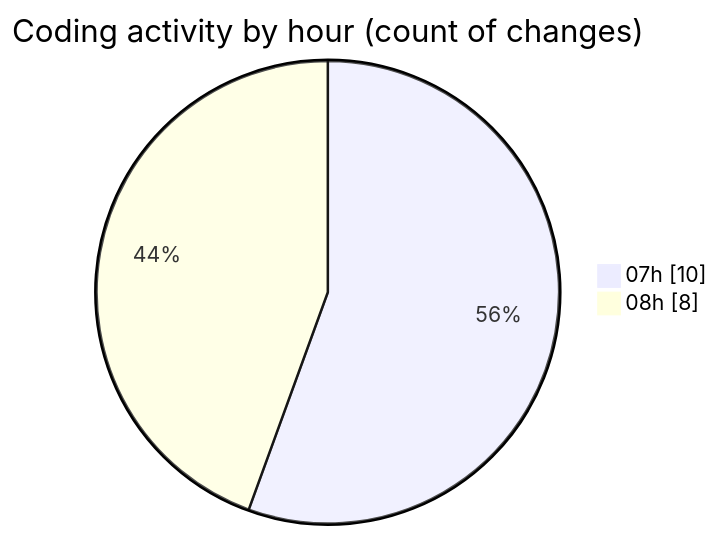
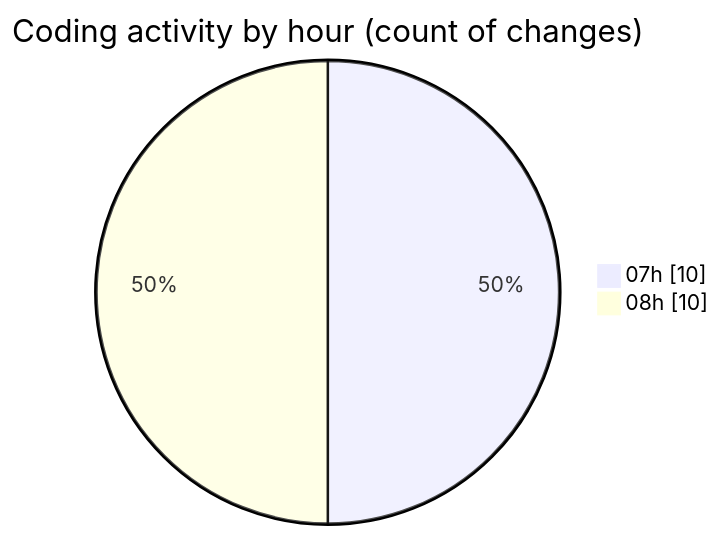
One commit to tmsrecording-cyber/code-tracking changed the second of 2 diagrams in 2026-02-08/singularitybrainai/README.md. Above: the diagram before and after it, drawn with Mermaid. The commit also changed other lines of this file and 1 other file, not shown here.

````diff
--- a/2026-02-08/singularitybrainai/README.md
+++ b/2026-02-08/singularitybrainai/README.md
@@ -31,6 +32,6 @@
 ```mermaid
 pie showData
 title Coding activity by hour (count of changes)
 "07h" : 10
-"08h" : 8
+"08h" : 10
 ```
````
